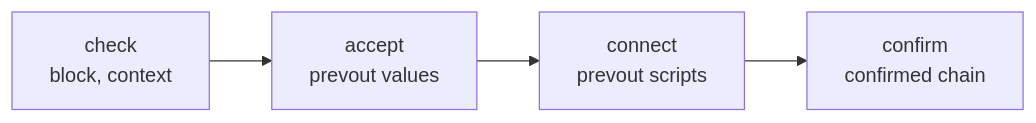
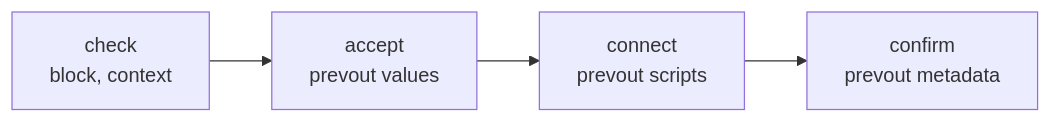
One commit to libbitcoin/libbitcoin.github.io changed the diagram in architecture/system/md/chain.md. Above: the diagram before and after it, drawn with Mermaid. The commit also changed 1 other file, not shown here.

Commit message:
Fix confirm label in consensus rules diagram.

````diff
--- a/architecture/system/md/chain.md
+++ b/architecture/system/md/chain.md
@@ -26,9 +26,9 @@
 ```mermaid
 flowchart LR
     chk["check\nblock, context"]
     acc["accept\nprevout values"]
     con["connect\nprevout scripts"]
-    cnf["confirm\nconfirmed chain"]
+    cnf["confirm\nprevout metadata"]
 
     chk --> acc --> con --> cnf
 ```
````
